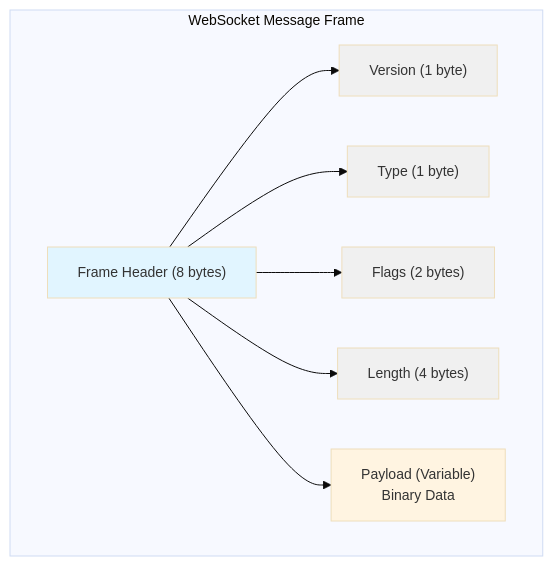
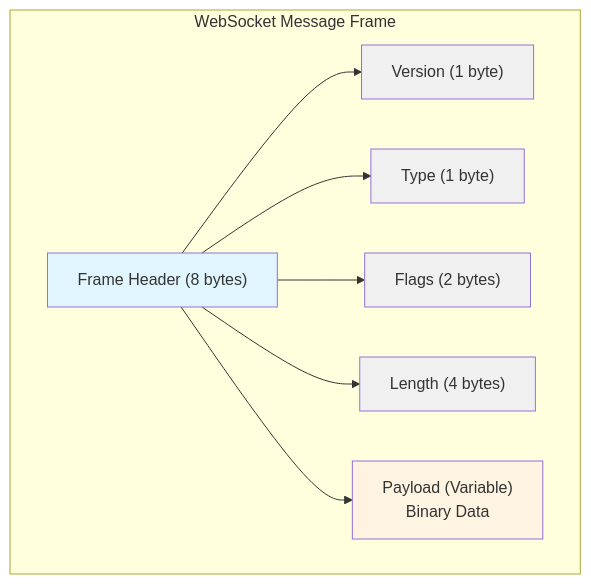
Before and after one commit to DreamLab-AI/VisionFlow: the second of 4 diagrams in docs/explanations/architecture/components/websocket-protocol.md, drawn with Mermaid. The commit also changed other lines of this file and 351 other files, not shown here.

````diff
--- a/docs/explanations/architecture/components/websocket-protocol.md
+++ b/docs/explanations/architecture/components/websocket-protocol.md
@@ -50,25 +50,24 @@
 ```mermaid
-%%{init: {'theme':'base', 'themeVariables': {'fontSize':'14px'}}}%%
 graph TB
     subgraph Frame["WebSocket Message Frame"]
         Header["Frame Header (8 bytes)"]
         V["Version (1 byte)"]
         T["Type (1 byte)"]
         F["Flags (2 bytes)"]
         L["Length (4 bytes)"]
         Payload["Payload (Variable)<br/>Binary Data"]
 
         Header --> V
         Header --> T
         Header --> F
         Header --> L
         Header --> Payload
     end
 
     style Header fill:#e1f5ff
     style Payload fill:#fff4e1
     style V fill:#f0f0f0
     style T fill:#f0f0f0
     style F fill:#f0f0f0
     style L fill:#f0f0f0
 ```
````
